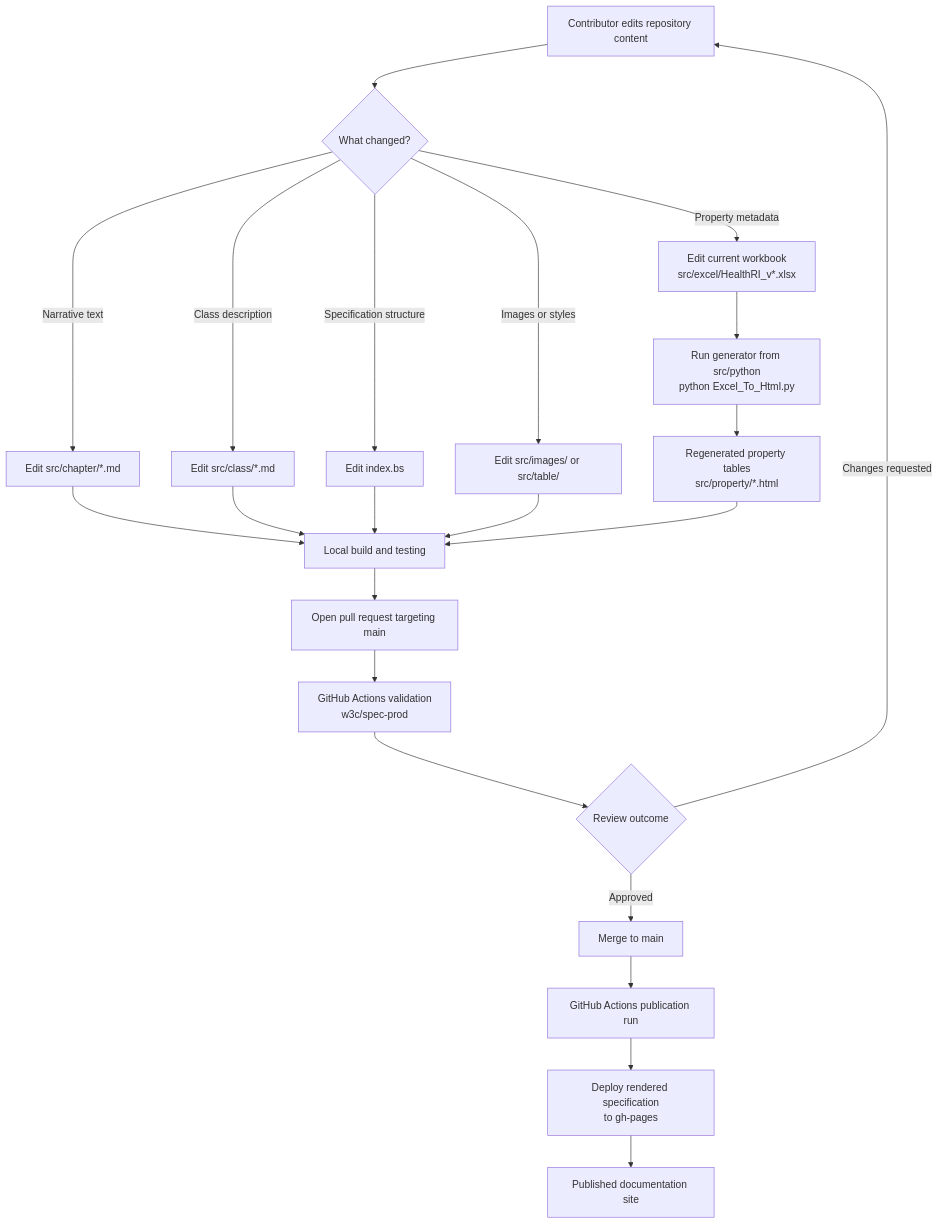
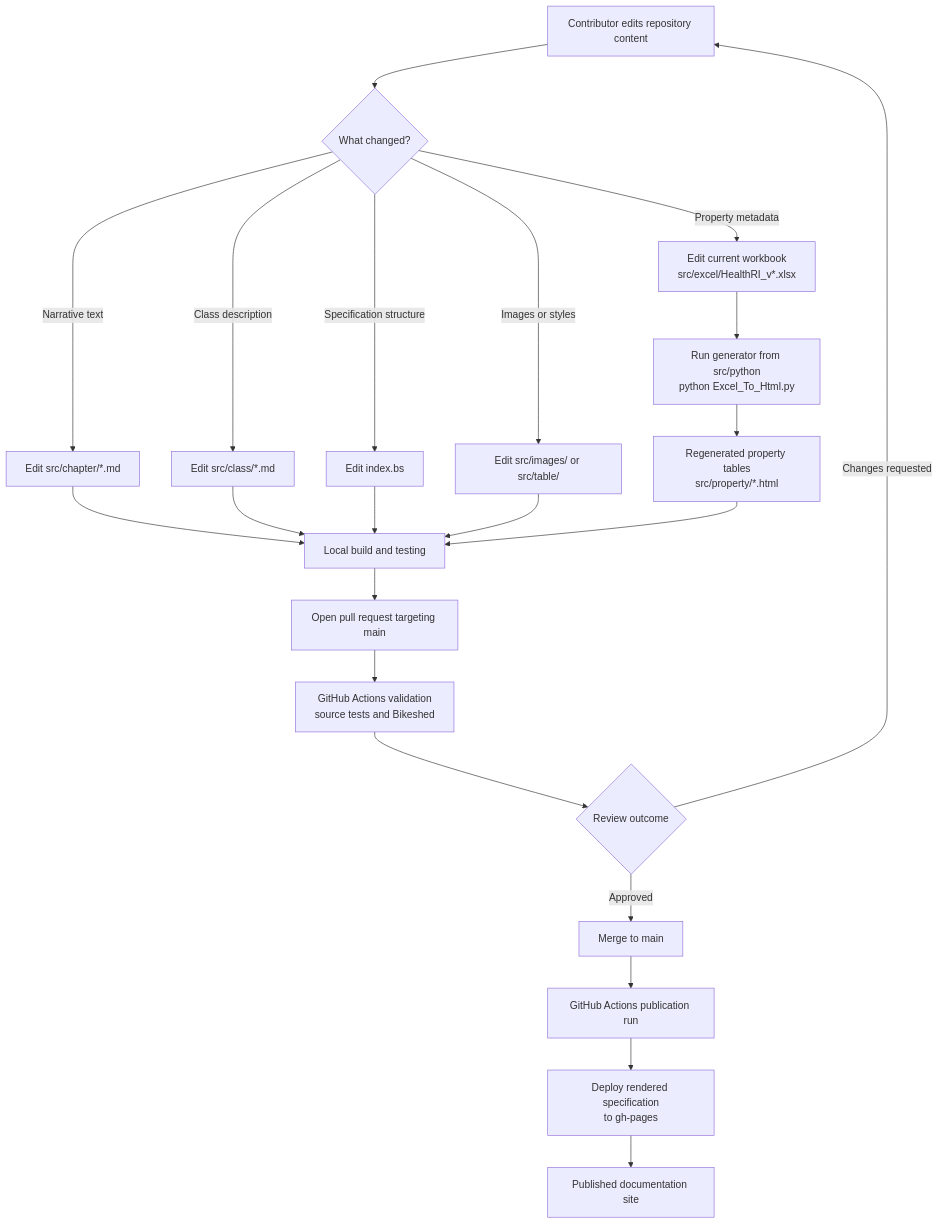
One commit to pedropaulofb/metadata-documentation changed the second of 2 diagrams in README.md. Above: the diagram before and after it, drawn with Mermaid. The commit also changed other lines of this file and 1 other file, not shown here.

Commit message:
docs: clarify terminology bindings and source maintenance

````diff
--- a/README.md
+++ b/README.md
@@ -114,32 +114,32 @@
 ```mermaid
 flowchart TD
     start["Contributor edits repository content"]
 
     start --> changeType{"What changed?"}
 
     changeType -->|"Narrative text"| chapters["Edit src/chapter/*.md"]
     changeType -->|"Class description"| classes["Edit src/class/*.md"]
     changeType -->|"Specification structure"| bikeshed["Edit index.bs"]
     changeType -->|"Property metadata"| workbook["Edit current workbook<br/>src/excel/HealthRI_v*.xlsx"]
     changeType -->|"Images or styles"| assets["Edit src/images/ or src/table/"]
 
     workbook --> generator["Run generator from src/python<br/>python Excel_To_Html.py"]
     generator --> generatedTables["Regenerated property tables<br/>src/property/*.html"]
 
     chapters --> validate["Local build and testing"]
     classes --> validate
     bikeshed --> validate
     assets --> validate
     generatedTables --> validate
 
     validate --> pr["Open pull request targeting main"]
-    pr --> ciPr["GitHub Actions validation<br/>w3c/spec-prod"]
+    pr --> ciPr["GitHub Actions validation<br/>source tests and Bikeshed"]
 
     ciPr --> review{"Review outcome"}
     review -->|"Changes requested"| start
     review -->|"Approved"| main["Merge to main"]
 
     main --> ciMain["GitHub Actions publication run"]
     ciMain --> ghpages["Deploy rendered specification<br/>to gh-pages"]
     ghpages --> site["Published documentation site"]
 ```
````
